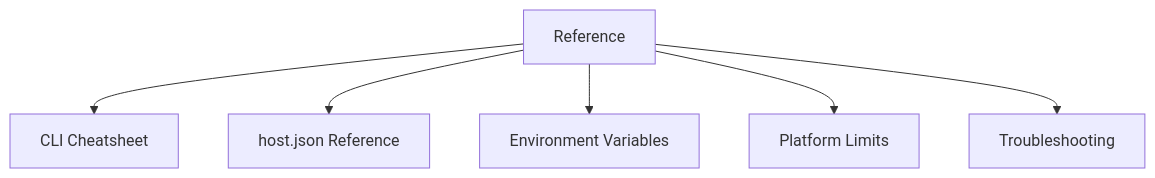
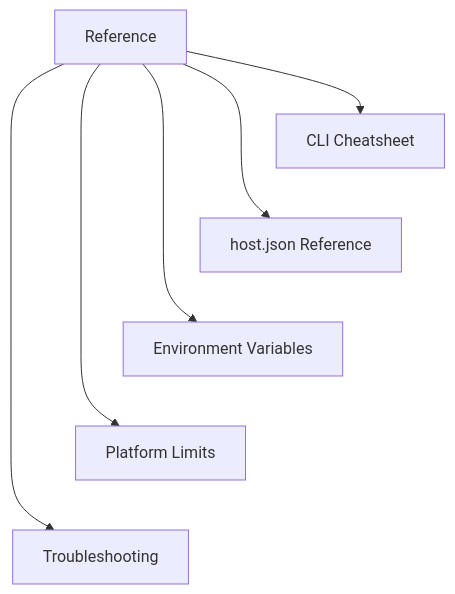
Before and after one commit to yeongseon/azure-functions-practical-guide: the diagram in docs/reference/index.md, drawn with Mermaid. The commit also changed other lines of this file and 1 other file, not shown here.

Commit message:
docs(diagrams): improve Reference documentation navigation (#552)
* docs(diagrams): improve Reference documentation navigation

Retain the five page destinations while adding accessible navigation scope and nonsemantic tiers for narrow-screen readability.

Refs #375

````diff
--- a/docs/reference/index.md
+++ b/docs/reference/index.md
@@ -31,8 +31,12 @@
 ```mermaid
 graph TD
+    accTitle: Reference documentation navigation
+    accDescr: Reference branches to the selected CLI Cheatsheet, host.json Reference, Environment Variables, Platform Limits and Troubleshooting pages. Arrows group this guide's documents, not Azure components, prerequisites or runtime connections.
     A[Reference] --> B[CLI Cheatsheet]
     A --> C[host.json Reference]
     A --> D[Environment Variables]
     A --> E[Platform Limits]
     A --> F[Troubleshooting]
+    %% Layout-only tiers: add no navigation destination or prerequisite relationship.
+    B ~~~ C ~~~ D ~~~ E ~~~ F
 ```
````
